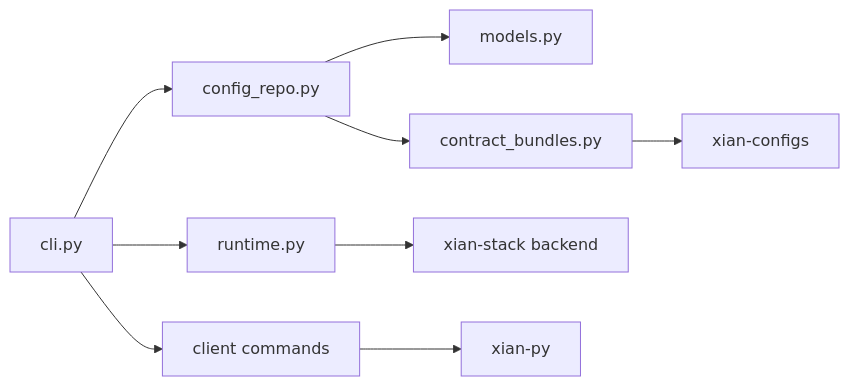
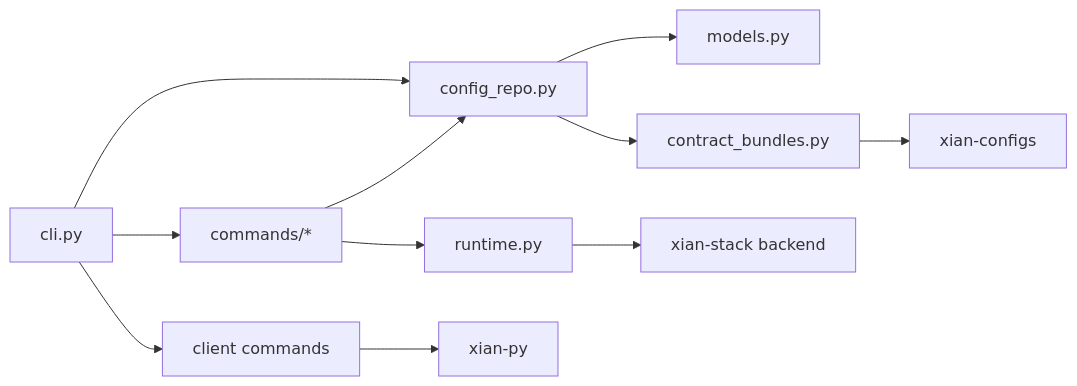
The diagram in src/xian_cli/README.md (xian-technology/xian-cli), drawn with Mermaid before and after one commit. The commit also changed other lines of this file and 16 other files, not shown here.

````diff
--- a/src/xian_cli/README.md
+++ b/src/xian_cli/README.md
@@ -21,11 +29,13 @@
 ```mermaid
 flowchart LR
   CLI["cli.py"] --> ConfigRepo["config_repo.py"]
-  CLI --> Runtime["runtime.py"]
+  CLI --> Commands["commands/*"]
+  Commands --> Runtime["runtime.py"]
+  Commands --> ConfigRepo
   CLI --> Client["client commands"]
   ConfigRepo --> Models["models.py"]
   ConfigRepo --> Bundles["contract_bundles.py"]
   Runtime --> Stack["xian-stack backend"]
   Client --> SDK["xian-py"]
   Bundles --> Configs["xian-configs"]
 ```
````
